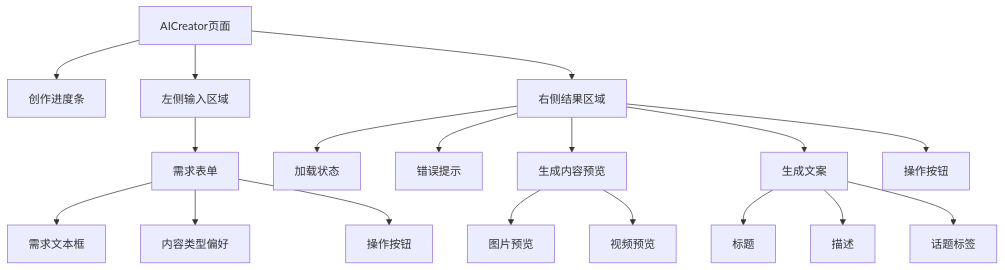
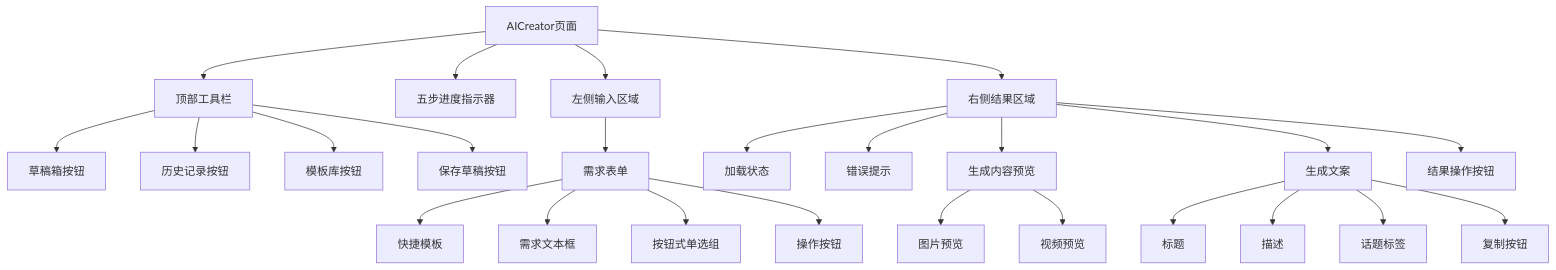
Before and after one commit to songdiyang/clawOperations: the eighth of 17 diagrams in .qoder/repowiki/zh/content/核心模块详解/Web界面系统/AI创作页面.md, drawn with Mermaid. The commit also changed other lines of this file and 52 other files, not shown here.

````diff
--- a/.qoder/repowiki/zh/content/核心模块详解/Web界面系统/AI创作页面.md
+++ b/.qoder/repowiki/zh/content/核心模块详解/Web界面系统/AI创作页面.md
@@ -282,20 +356,27 @@
 ```mermaid
 graph TD
-AICreator[AICreator页面] --> Steps[创作进度条]
+AICreator[AICreator页面] --> TopToolbar[顶部工具栏]
+AICreator --> Steps[五步进度指示器]
 AICreator --> Left[左侧输入区域]
 AICreator --> Right[右侧结果区域]
+TopToolbar --> DraftBtn[草稿箱按钮]
+TopToolbar --> HistoryBtn[历史记录按钮]
+TopToolbar --> TemplateBtn[模板库按钮]
+TopToolbar --> SaveDraftBtn[保存草稿按钮]
 Left --> Form[需求表单]
+Form --> QuickTemplates[快捷模板]
 Form --> TextArea[需求文本框]
-Form --> Radio[内容类型偏好]
-Form --> Buttons[操作按钮]
+Form --> ButtonRadio[按钮式单选组]
+Form --> ActionButtons[操作按钮]
 Right --> Loading[加载状态]
 Right --> Error[错误提示]
 Right --> Content[生成内容预览]
 Right --> Copywriting[生成文案]
-Right --> Actions[操作按钮]
+Right --> ResultButtons[结果操作按钮]
 Content --> Image[图片预览]
 Content --> Video[视频预览]
 Copywriting --> Title[标题]
 Copywriting --> Description[描述]
 Copywriting --> Hashtags[话题标签]
+Copywriting --> CopyButtons[复制按钮]
 ```
````
